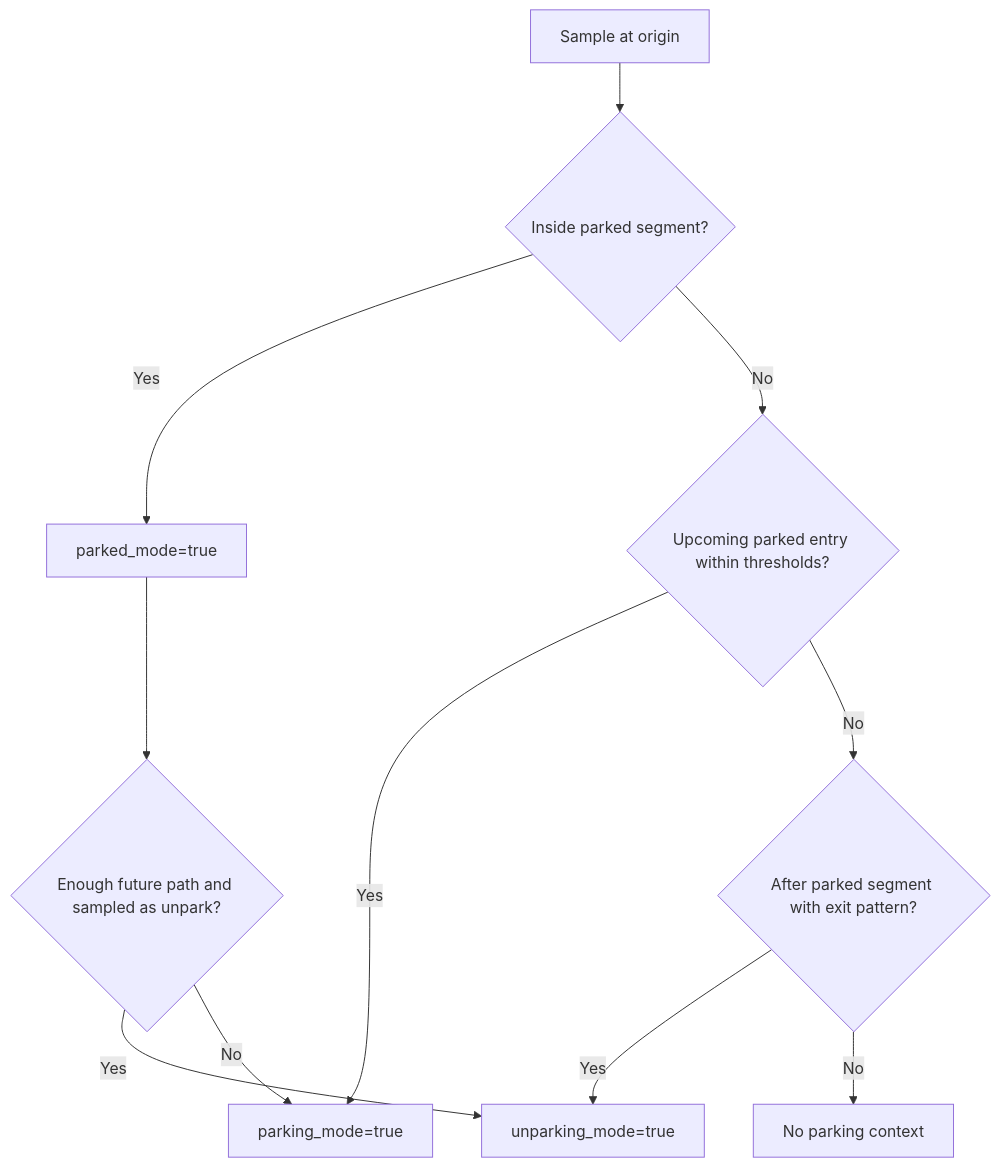
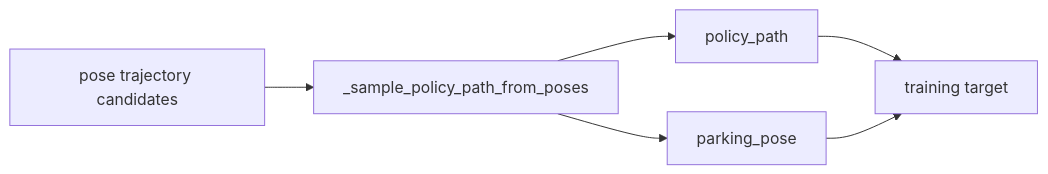
One commit to yoelshapiro/vault changed the fourth of 5 diagrams in agent_tasks/2026/03/Week-5/2026-03-31-wonjoon-parking-augmentation-design-review.md. Above: the diagram before and after it, drawn with Mermaid. The commit also changed other lines of this file, not shown here.

````diff
--- a/agent_tasks/2026/03/Week-5/2026-03-31-wonjoon-parking-augmentation-design-review.md
+++ b/agent_tasks/2026/03/Week-5/2026-03-31-wonjoon-parking-augmentation-design-review.md
@@ -97,14 +138,8 @@
 ```mermaid
-flowchart TD
-    A[Sample at origin] --> B{Inside parked segment?}
-    B -- Yes --> C[parked_mode=true]
-    B -- No --> D{Upcoming parked entry within thresholds?}
-    D -- Yes --> E[parking_mode=true]
-    D -- No --> F{After parked segment with exit pattern?}
-    F -- Yes --> G[unparking_mode=true]
-    F -- No --> H[No parking context]
-
-    C --> I{Enough future path and sampled as unpark?}
-    I -- Yes --> G
-    I -- No --> E
+flowchart LR
+    A[pose trajectory candidates] --> B[_sample_policy_path_from_poses]
+    B --> C[policy_path]
+    B --> D[parking_pose]
+    C --> E[training target]
+    D --> E
 ```
````
